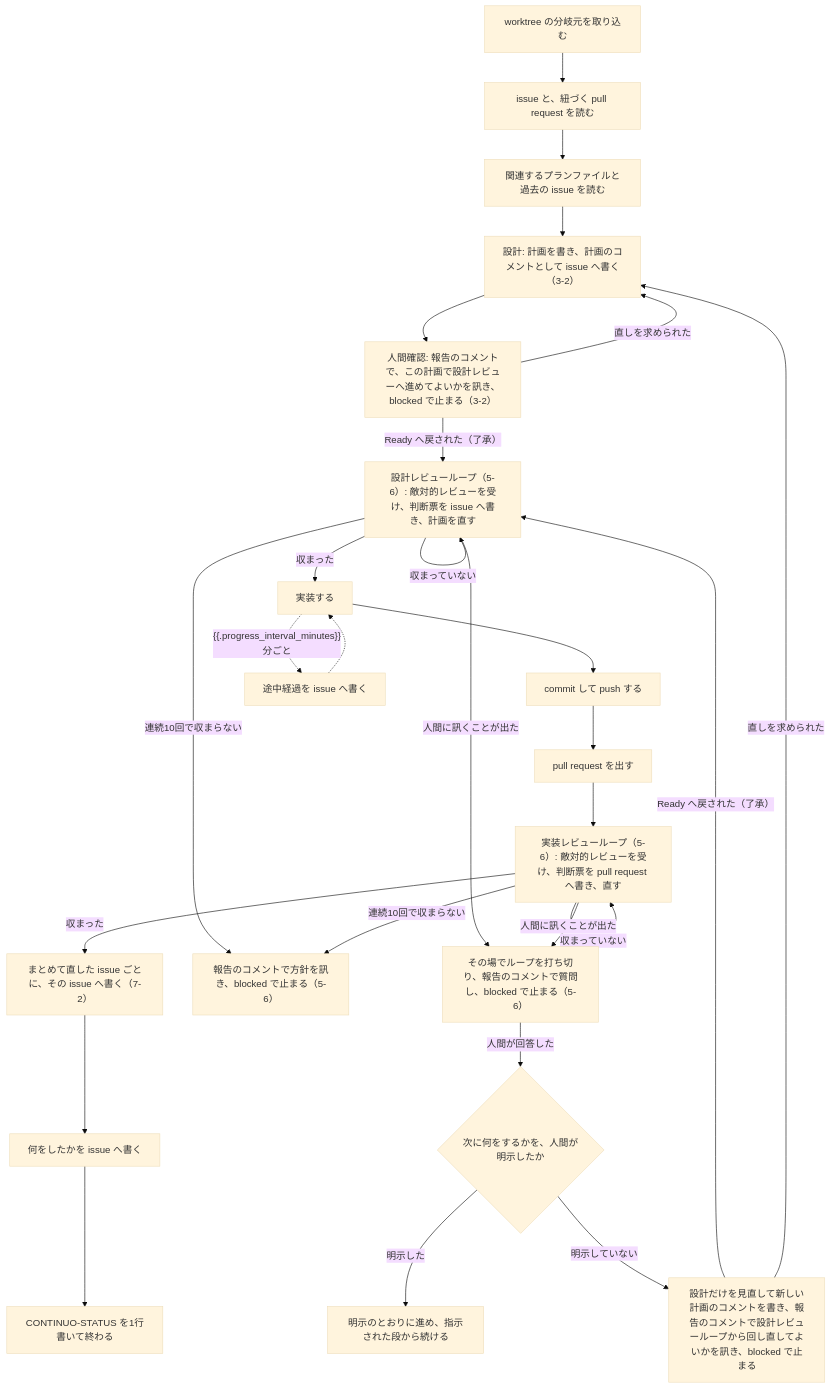
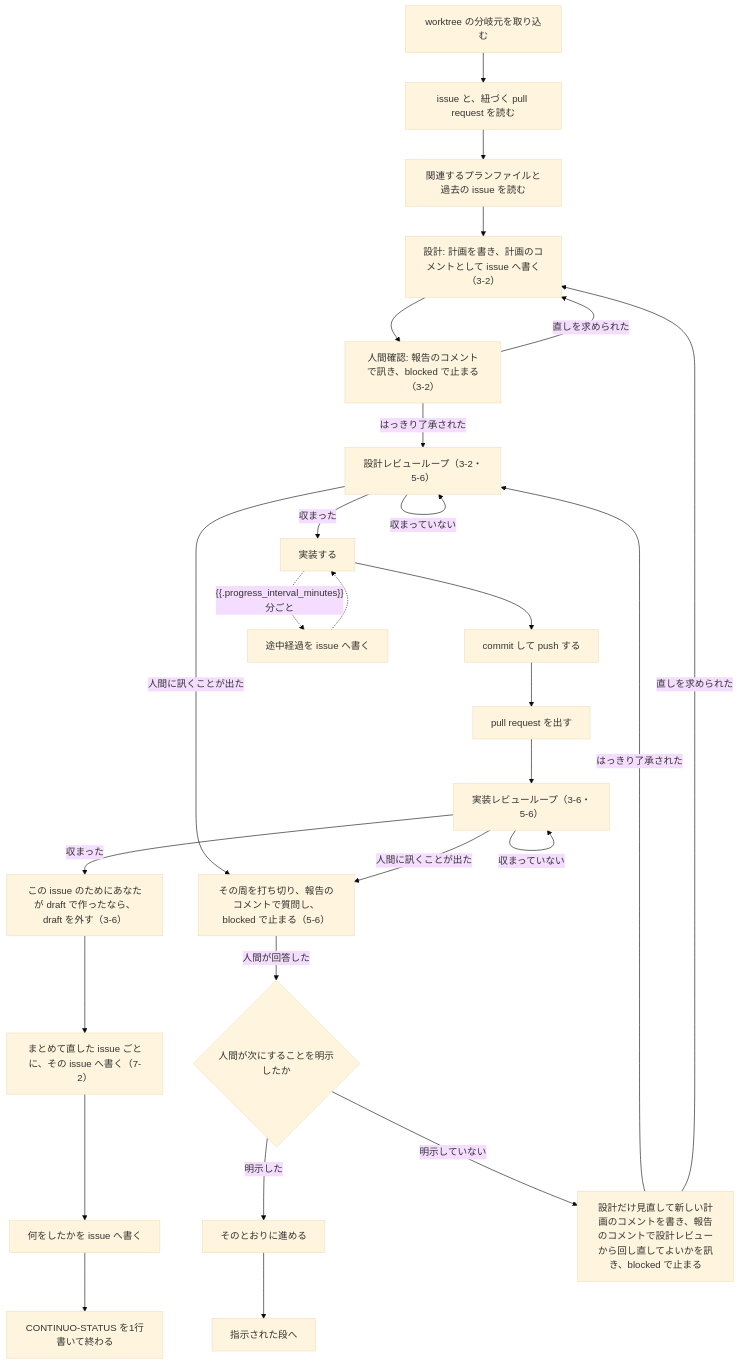
One commit to maimuzo/continuo changed the first of 2 diagrams in internal/prompt/builtin.md. Above: the diagram before and after it, drawn with Mermaid (base theme). The commit also changed other lines of this file and 26 other files, not shown here.

````diff
--- a/internal/prompt/builtin.md
+++ b/internal/prompt/builtin.md
@@ -19,29 +19,29 @@
 ```mermaid
 flowchart TD
     Z["worktree の分岐元を取り込む"] --> A["issue と、紐づく pull request を読む"]
     A --> B["関連するプランファイルと過去の issue を読む"]
     B --> C["設計: 計画を書き、計画のコメントとして issue へ書く（3-2）"]
-    C --> HC["人間確認: 報告のコメントで、この計画で設計レビューへ進めてよいかを訊き、blocked で止まる（3-2）"]
+    C --> HC["人間確認: 報告のコメントで訊き、blocked で止まる（3-2）"]
+    HC -- "はっきり了承された" --> D["設計レビューループ（3-2・5-6）"]
     HC -- "直しを求められた" --> C
-    HC -- "Ready へ戻された（了承）" --> D["設計レビューループ（5-6）: 敵対的レビューを受け、判断票を issue へ書き、計画を直す"]
     D -- "収まっていない" --> D
     D -- "収まった" --> F["実装する"]
     F --> G["commit して push する"]
     G --> H["pull request を出す"]
-    H --> I["実装レビューループ（5-6）: 敵対的レビューを受け、判断票を pull request へ書き、直す"]
+    H --> I["実装レビューループ（3-6・5-6）"]
     I -- "収まっていない" --> I
-    I -- "収まった" --> J2["まとめて直した issue ごとに、その issue へ書く（7-2）"]
+    I -- "収まった" --> P["この issue のためにあなたが draft で作ったなら、draft を外す（3-6）"]
+    P --> J2["まとめて直した issue ごとに、その issue へ書く（7-2）"]
     J2 --> K["何をしたかを issue へ書く"]
     K --> L["CONTINUO-STATUS を1行書いて終わる"]
-    D -- "連続10回で収まらない" --> X["報告のコメントで方針を訊き、blocked で止まる（5-6）"]
-    I -- "連続10回で収まらない" --> X
-    D -- "人間に訊くことが出た" --> Q["その場でループを打ち切り、報告のコメントで質問し、blocked で止まる（5-6）"]
+    D -- "人間に訊くことが出た" --> Q["その周を打ち切り、報告のコメントで質問し、blocked で止まる（5-6）"]
     I -- "人間に訊くことが出た" --> Q
-    Q -- "人間が回答した" --> R{"次に何をするかを、人間が明示したか"}
-    R -- "明示した" --> R1["明示のとおりに進め、指示された段から続ける"]
-    R -- "明示していない" --> R2["設計だけを見直して新しい計画のコメントを書き、報告のコメントで設計レビューループから回し直してよいかを訊き、blocked で止まる"]
-    R2 -- "Ready へ戻された（了承）" --> D
+    Q -- "人間が回答した" --> R{"人間が次にすることを明示したか"}
+    R -- "明示した" --> R1["そのとおりに進める"]
+    R1 --> R1S["指示された段へ"]
+    R -- "明示していない" --> R2["設計だけ見直して新しい計画のコメントを書き、報告のコメントで設計レビューから回し直してよいかを訊き、blocked で止まる"]
+    R2 -- "はっきり了承された" --> D
     R2 -- "直しを求められた" --> C
     F -. "{{.progress_interval_minutes}}分ごと" .-> M["途中経過を issue へ書く"]
     M -.-> F
 ```
````
